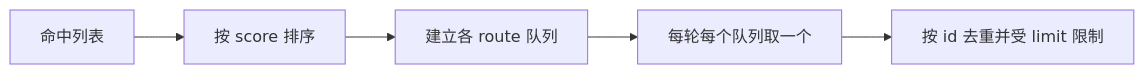
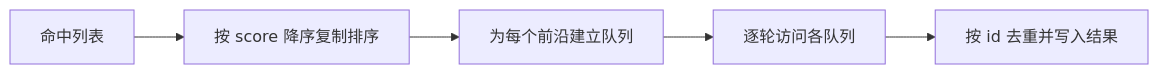
Before and after one commit to lejunyang/omem: the diagram in .repo-review/knowledge/articles/2a1945f1c5c81d6da2044423a9e5a2f4619c2e2632fd00c2c592a9616ad69de2.md, drawn with Mermaid. The commit also changed other lines of this file and 13 other files, not shown here.

````diff
--- a/.repo-review/knowledge/articles/2a1945f1c5c81d6da2044423a9e5a2f4619c2e2632fd00c2c592a9616ad69de2.md
+++ b/.repo-review/knowledge/articles/2a1945f1c5c81d6da2044423a9e5a2f4619c2e2632fd00c2c592a9616ad69de2.md
@@ -19,7 +19,7 @@
 ```mermaid
 flowchart LR
-  A[命中列表] --> B[按 score 排序]
-  B --> C[建立各 route 队列]
-  C --> D[每轮每个队列取一个]
-  D --> E[按 id 去重并受 limit 限制]
+  A[命中列表] --> B[按 score 降序复制排序]
+  B --> C[为每个前沿建立队列]
+  C --> D[逐轮访问各队列]
+  D --> E[按 id 去重并写入结果]
 ```
````
